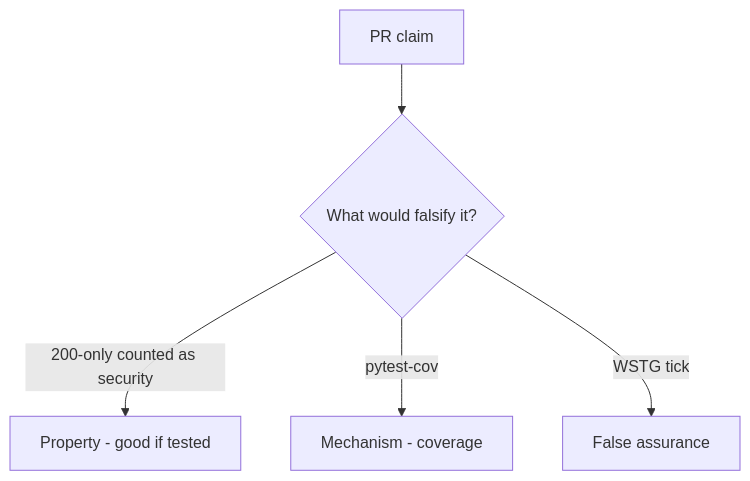
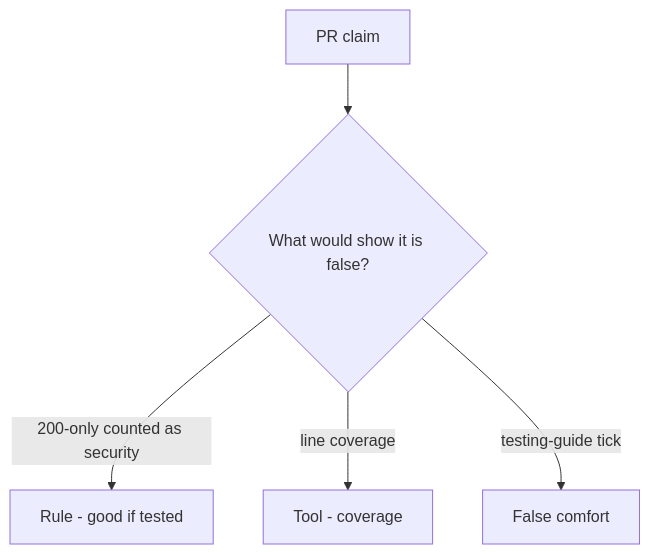
The diagram in content/modules/9/9.3/lessons/08-review.md (ishitvagoel/LearnSecurity), drawn with Mermaid before and after one commit. The commit also changed other lines of this file and 39 other files, not shown here.

````diff
--- a/content/modules/9/9.3/lessons/08-review.md
+++ b/content/modules/9/9.3/lessons/08-review.md
@@ -17,7 +18,7 @@
 ```mermaid
 flowchart TD
-  Claim[PR claim] --> Q{"What would falsify it?"}
-  Q -->|200-only counted as security| Property["Property - good if tested"]
-  Q -->|pytest-cov| Mechanism[Mechanism - coverage]
-  Q -->|WSTG tick| False[False assurance]
+  Claim[PR claim] --> Q{"What would show it is false?"}
+  Q -->|200-only counted as security| Property["Rule - good if tested"]
+  Q -->|line coverage| Mechanism[Tool - coverage]
+  Q -->|testing-guide tick| False[False comfort]
 ```
````
